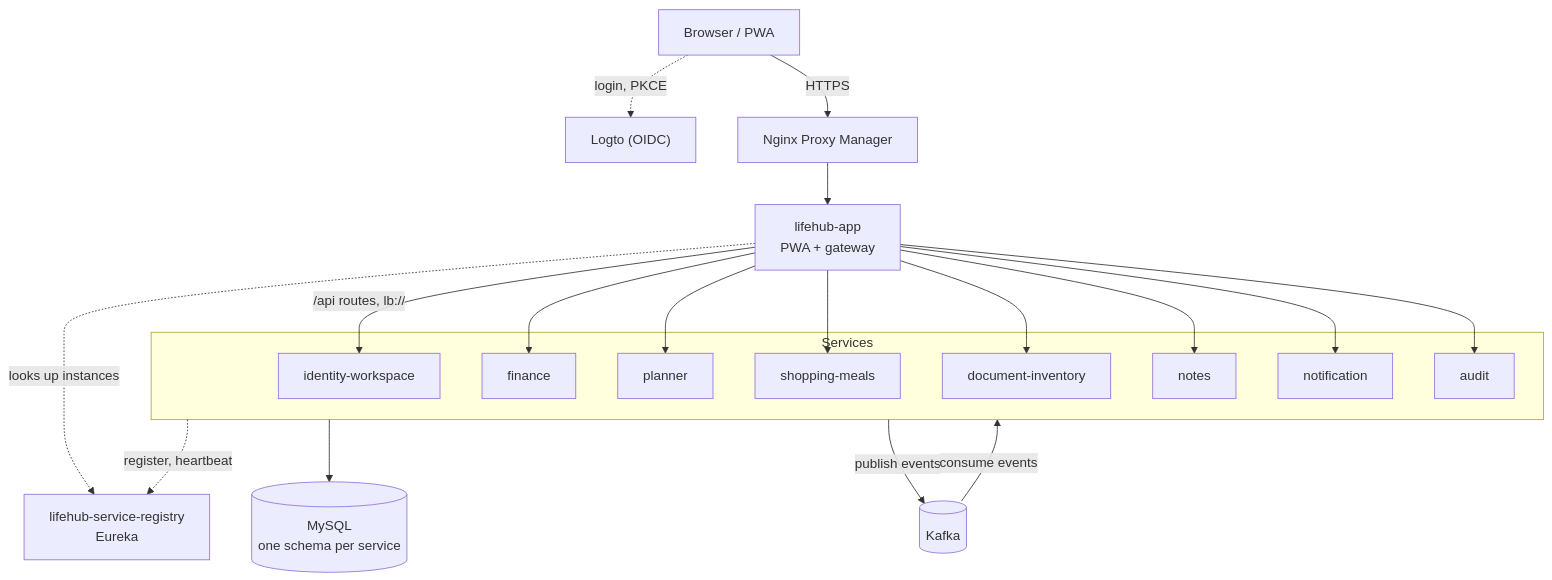
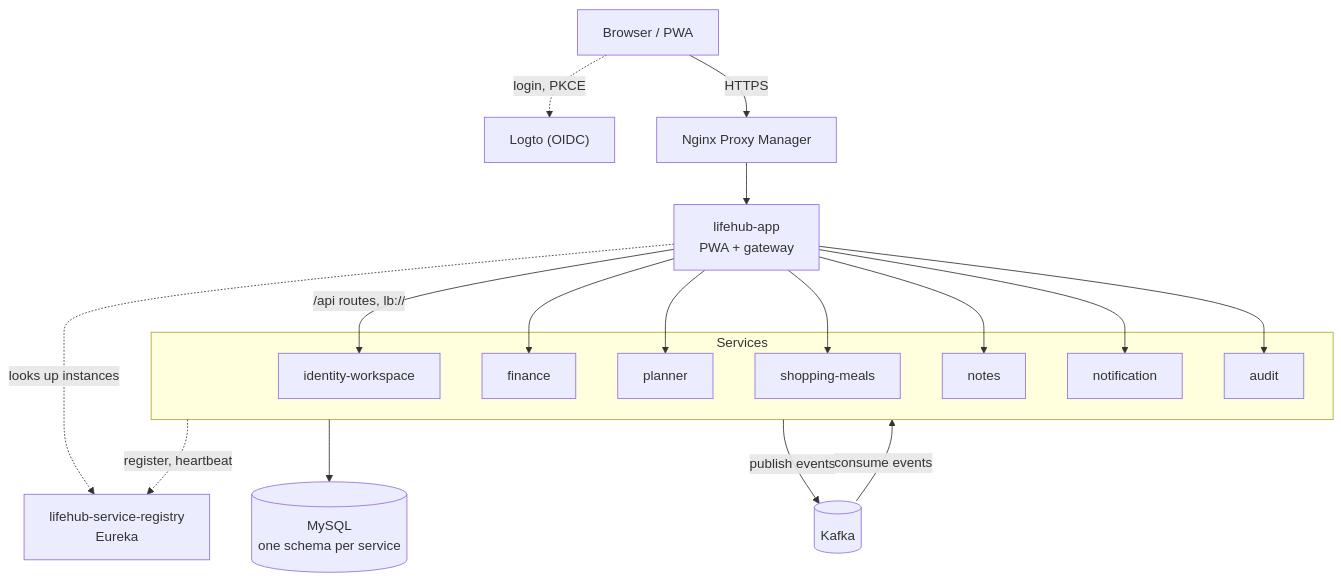
The first of 2 diagrams in README.md (Tohbey/LifeHub), drawn with Mermaid before and after one commit. The commit also changed other lines of this file and 274 other files, not shown here.

````diff
--- a/README.md
+++ b/README.md
@@ -95,38 +95,36 @@
 ```mermaid
 flowchart TB
     Browser["Browser / PWA"]
     Logto["Logto (OIDC)"]
     NPM["Nginx Proxy Manager"]
     APP["lifehub-app<br/>PWA + gateway"]
     REG["lifehub-service-registry<br/>Eureka"]
 
     subgraph Services
         IW["identity-workspace"]
         FIN["finance"]
         PLN["planner"]
         SHP["shopping-meals"]
-        DOC["document-inventory"]
         NTS["notes"]
         NOT["notification"]
         AUD["audit"]
     end
 
     Kafka[("Kafka")]
     MySQL[("MySQL<br/>one schema per service")]
 
     Browser -->|HTTPS| NPM --> APP
     Browser -.->|login, PKCE| Logto
     APP -->|/api routes, lb://| IW
     APP --> FIN
     APP --> PLN
     APP --> SHP
-    APP --> DOC
     APP --> NTS
     APP --> NOT
     APP --> AUD
     APP -.->|looks up instances| REG
     Services -.->|register, heartbeat| REG
     Services --> MySQL
     Services -->|publish events| Kafka
     Kafka -->|consume events| Services
 ```
````
